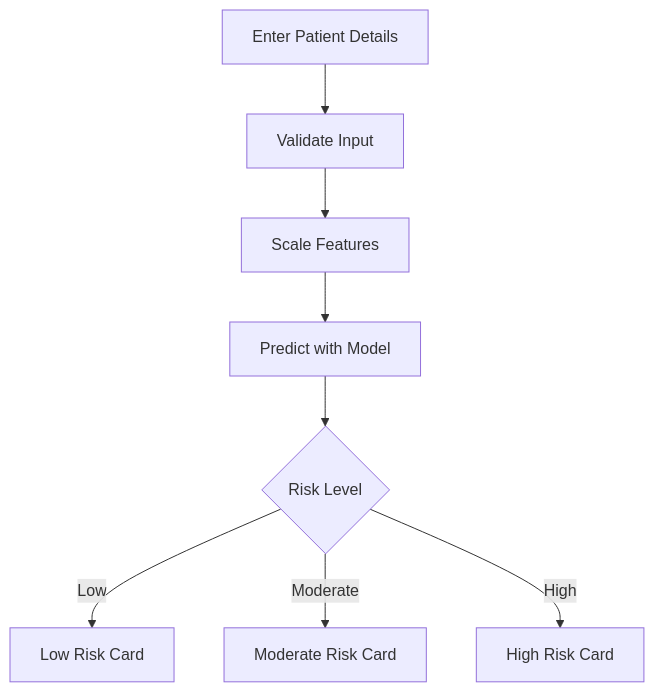
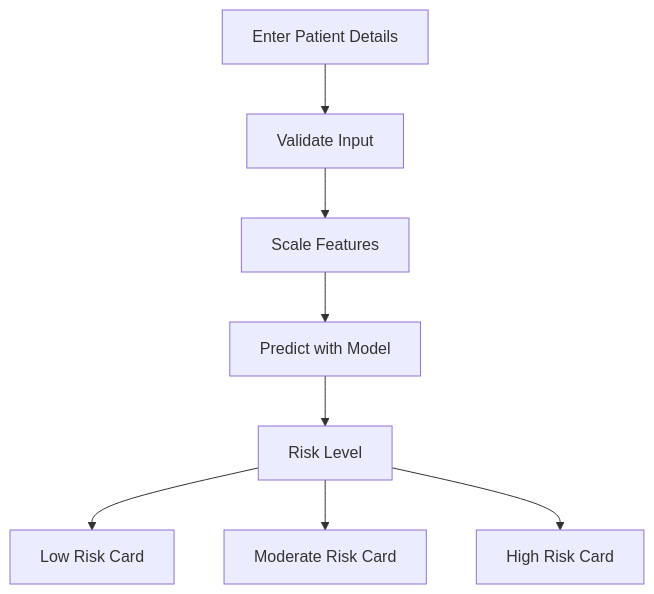
The second of 3 diagrams in README.md (Ronak501/Diabetes-Risk), drawn with Mermaid before and after one commit. The commit also changed other lines of this file and 3 other files, not shown here.

Commit message:
feat: update project diagrams and styles for improved presentation

````diff
--- a/README.md
+++ b/README.md
@@ -117,10 +119,15 @@
 ```mermaid
 flowchart TD
-  A[Enter Patient Details] --> B[Validate Input]
-  B --> C[Scale Features]
-  C --> D[Predict with Model]
-  D --> E{Risk Level}
-  E -->|Low| F[Low Risk Card]
-  E -->|Moderate| G[Moderate Risk Card]
-  E -->|High| H[High Risk Card]
+  p1["Enter Patient Details"]
+  p2["Validate Input"]
+  p3["Scale Features"]
+  p4["Predict with Model"]
+  p5["Risk Level"]
+  p6["Low Risk Card"]
+  p7["Moderate Risk Card"]
+  p8["High Risk Card"]
+  p1 --> p2 --> p3 --> p4 --> p5
+  p5 --> p6
+  p5 --> p7
+  p5 --> p8
 ```
````
